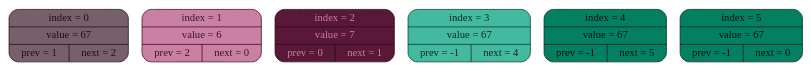
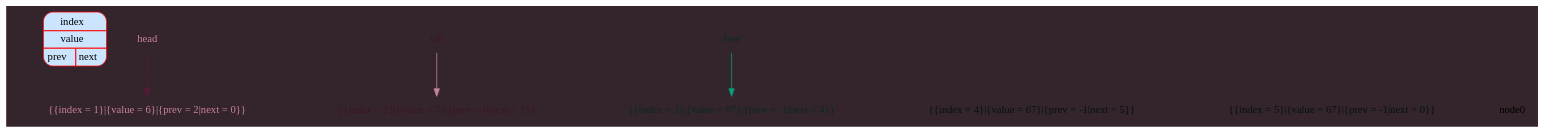
The diagram in List_graphviz.dot (wuyterguy/DoublyLinkedList), drawn with Graphviz before and after one commit. The commit also changed 2 other files, not shown here.

Commit message:
full png with Mrecord

```diff
--- a/List_graphviz.dot
+++ b/List_graphviz.dot
@@ -1,39 +1,87 @@
 digraph G {
-node [shape=Mrecord, style="filled"];
-node0 [
-	label="{{index = 0}|{value = 67}|{prev = 1|next = 2}}",
-	color="#260a18",
-	fillcolor="#77606b",
-	fontcolor="#260a18"
+
+bgcolor = "#34252c"
+node [shape = none];
+
+myNode [label=<
+    <TABLE BORDER="1" CELLBORDER="0" CELLSPACING="0" CELLPADDING="4"
+           STYLE="ROUNDED"
+           COLOR="#FF0000"
+           BGCOLOR="#CCE5FF">
+        <TR><TD COLSPAN="2">index</TD></TR>
+        <HR/>
+        <TR><TD COLSPAN="2">value</TD></TR>
+        <HR/>
+        <TR>
+            <TD>prev</TD>
+            <VR/>
+            <TD>next</TD>
+        </TR>
+    </TABLE>
+>];
+
+node1 [
+	label = "{{index = 1}|{value = 6}|{prev = 2|next = 0}}",
+	color = "#260a18",
+	fillcolor = "#591837",
+	fontcolor = "#ca80a2"
 ];
-node1 [
-	label="{{index = 1}|{value = 6}|{prev = 2|next = 0}}",
-	color="#430523",
-	fillcolor="#ca80a2",
-	fontcolor="#3f1229"
+
+node2 [
+	label = "{{index = 2}|{value = 7}|{prev = 0|next = 1}}",
+	color = "#430523",
+	fillcolor = "#ca80a2",
+	fontcolor = "#3f1229"
 ];
-node2 [
-	label="{{index = 2}|{value = 7}|{prev = 0|next = 1}}",
-	color="#260a18",
-	fillcolor="#591837",
-	fontcolor="#ca80a2"
+
+node3 [
+	label = "{{index = 3}|{value = 67}|{prev = -1|next = 4}}",
+	color = "#063a2e",
+	fillcolor = "#06a07c",
+	fontcolor = "#0a2920"
 ];
-node3 [
-	label="{{index = 3}|{value = 67}|{prev = -1|next = 4}}",
-	color="#063a2e",
-	fillcolor="#43ba9f",
-	fontcolor="#0a2920"
+
+node4 [
+	label = "{{index = 4}|{value = 67}|{prev = -1|next = 5}}",
+	color = "#03261e",
+	fillcolor = "#037f62",
+	fontcolor = "#05120e"
 ];
-node4 [
-	label="{{index = 4}|{value = 67}|{prev = -1|next = 5}}",
-	color="#03261e",
-	fillcolor="#037f62",
-	fontcolor="#05120e"
+
+node5 [
+	label = "{{index = 5}|{value = 67}|{prev = -1|next = 0}}",
+	color = "#03261e",
+	fillcolor = "#037f62",
+	fontcolor = "#05120e"
 ];
-node5 [
-	label="{{index = 5}|{value = 67}|{prev = -1|next = 0}}",
-	color="#03261e",
-	fillcolor="#037f62",
-	fontcolor="#05120e"
+
+{rank = same;node0;node1;node2;node3;node4;node5;}
+
+free [
+	label = "free",
+	color = "#063a2e",
+	fillcolor = "#06a07c",
+	fontcolor = "#0a2920",
+	group = "g1"
 ];
+free -> node3 [dir = forward, color = "#06a07c"];
+
+head [
+	label = "head",
+	color = "#260a18",
+	fillcolor = "#591837",
+	fontcolor = "#ca80a2",
+	group = "g1"
+];
+head -> node1 [dir = forward, color = "#591837"];
+
+tail [
+	label = "tail",
+	color = "#430523",
+	fillcolor = "#ca80a2",
+	fontcolor = "#3f1229",
+	group = "g1"
+];
+tail -> node2 [dir = forward, color = "#ca80a2"];
+
 }
```
